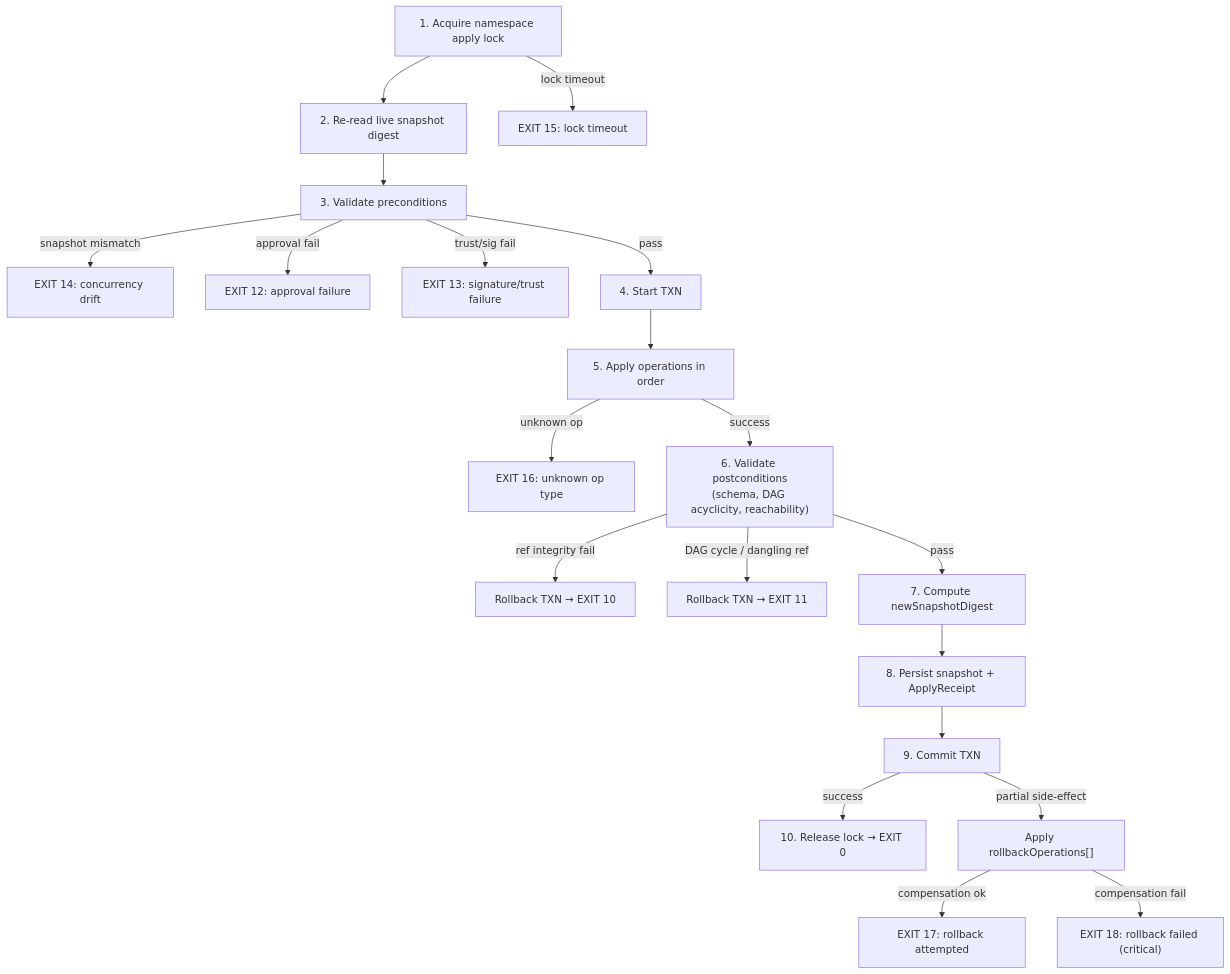
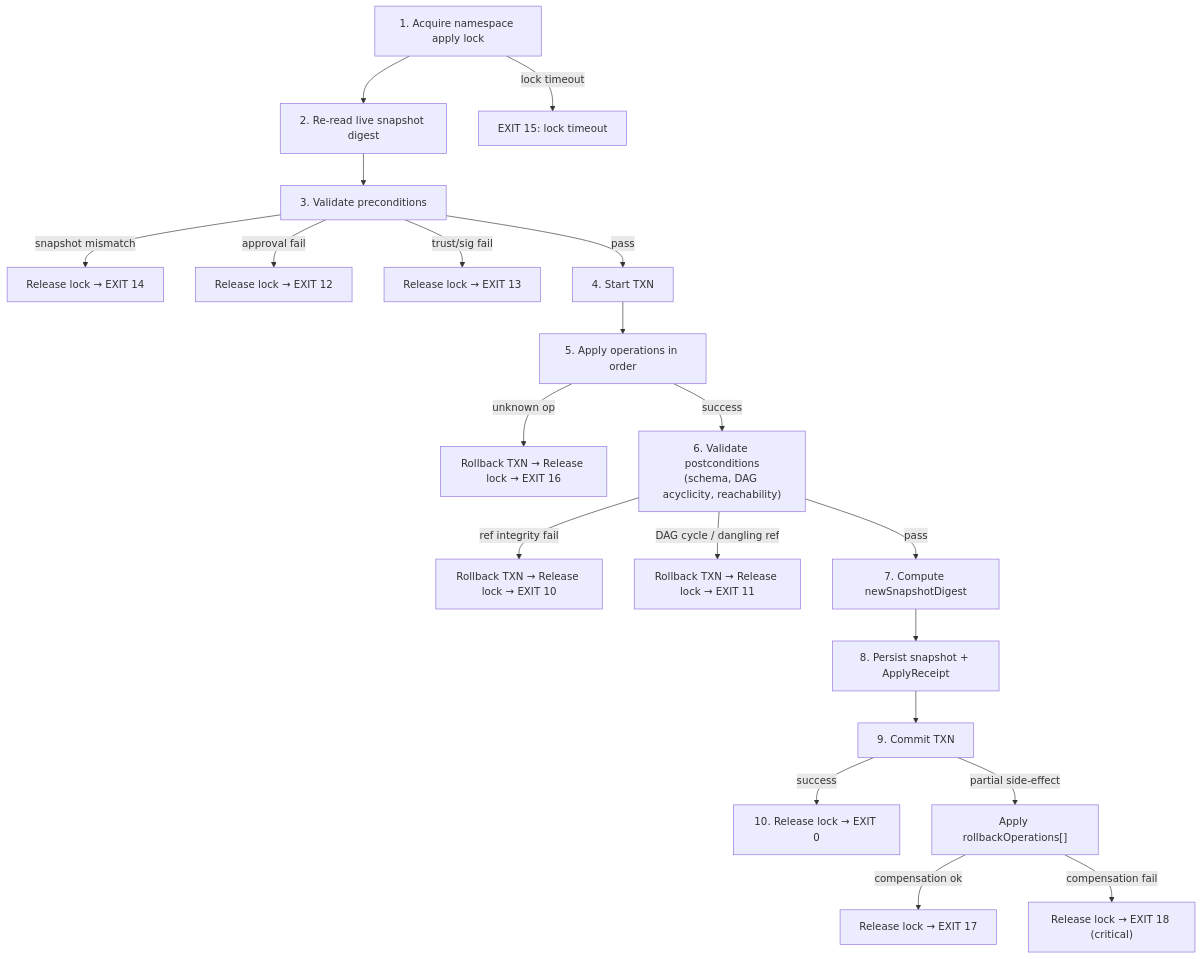
Before and after one commit to flyingrobots/xyph: the diagram in docs/diagrams/transaction-lifecycle.mmd, drawn with Mermaid. The commit also changed 16 other files, not shown here.

```diff
--- a/docs/diagrams/transaction-lifecycle.mmd
+++ b/docs/diagrams/transaction-lifecycle.mmd
@@ -1,21 +1,21 @@
 flowchart TD
     S1["1. Acquire namespace apply lock"] --> S2["2. Re-read live snapshot digest"]
     S2 --> S3["3. Validate preconditions"]
-    S3 -->|"snapshot mismatch"| E14["EXIT 14: concurrency drift"]
-    S3 -->|"approval fail"| E12["EXIT 12: approval failure"]
-    S3 -->|"trust/sig fail"| E13["EXIT 13: signature/trust failure"]
+    S3 -->|"snapshot mismatch"| E14["Release lock → EXIT 14"]
+    S3 -->|"approval fail"| E12["Release lock → EXIT 12"]
+    S3 -->|"trust/sig fail"| E13["Release lock → EXIT 13"]
     S3 -->|"pass"| S4["4. Start TXN"]
     S4 --> S5["5. Apply operations in order"]
-    S5 -->|"unknown op"| E16["EXIT 16: unknown op type"]
+    S5 -->|"unknown op"| ROLL_16["Rollback TXN → Release lock → EXIT 16"]
     S5 -->|"success"| S6["6. Validate postconditions\n(schema, DAG acyclicity, reachability)"]
-    S6 -->|"ref integrity fail"| ROLL_10["Rollback TXN → EXIT 10"]
-    S6 -->|"DAG cycle / dangling ref"| ROLL_11["Rollback TXN → EXIT 11"]
+    S6 -->|"ref integrity fail"| ROLL_10["Rollback TXN → Release lock → EXIT 10"]
+    S6 -->|"DAG cycle / dangling ref"| ROLL_11["Rollback TXN → Release lock → EXIT 11"]
     S6 -->|"pass"| S7["7. Compute newSnapshotDigest"]
     S7 --> S8["8. Persist snapshot + ApplyReceipt"]
     S8 --> S9["9. Commit TXN"]
     S9 -->|"success"| S10["10. Release lock → EXIT 0"]
     S9 -->|"partial side-effect"| COMP["Apply rollbackOperations[]"]
-    COMP -->|"compensation ok"| E17["EXIT 17: rollback attempted"]
-    COMP -->|"compensation fail"| E18["EXIT 18: rollback failed (critical)"]
+    COMP -->|"compensation ok"| E17["Release lock → EXIT 17"]
+    COMP -->|"compensation fail"| E18["Release lock → EXIT 18 (critical)"]
 
     S1 -->|"lock timeout"| E15["EXIT 15: lock timeout"]
```
